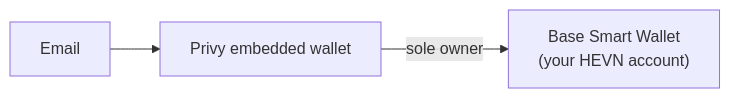
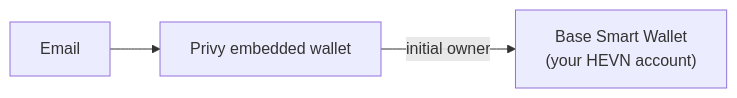
Before and after one commit to hevn-inc/docs: the diagram in general/what-is-hevn.mdx, drawn with Mermaid. The commit also changed 20 other files, not shown here.

````diff
--- a/general/what-is-hevn.mdx
+++ b/general/what-is-hevn.mdx
@@ -37,5 +37,5 @@
 ```mermaid
 flowchart LR
     A["Email"] --> B["Privy embedded wallet"]
-    B -->|"sole owner"| C["Base Smart Wallet<br/>(your HEVN account)"]
+    B -->|"initial owner"| C["Base Smart Wallet<br/>(your HEVN account)"]
 ```
````
